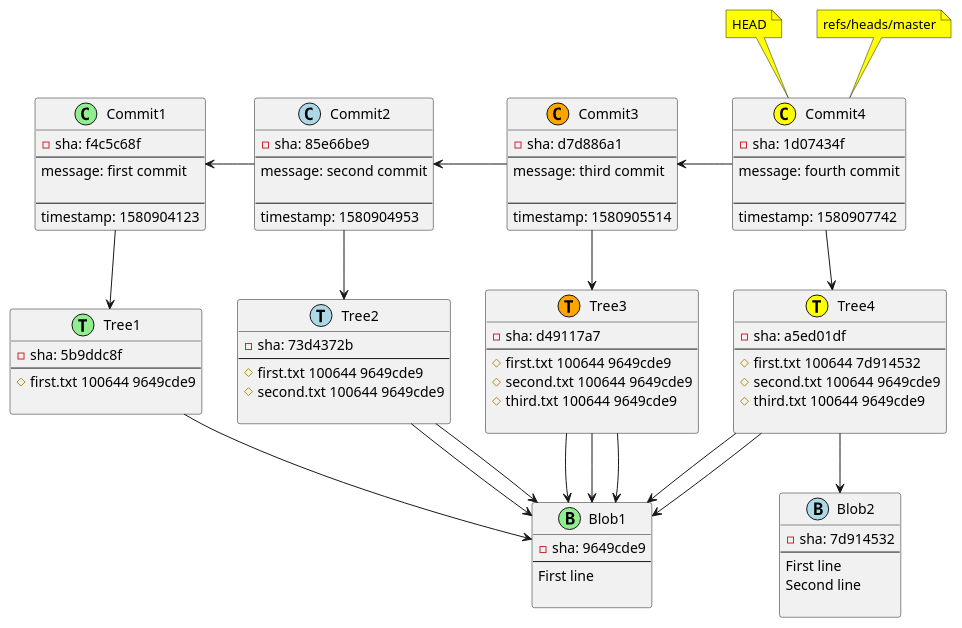
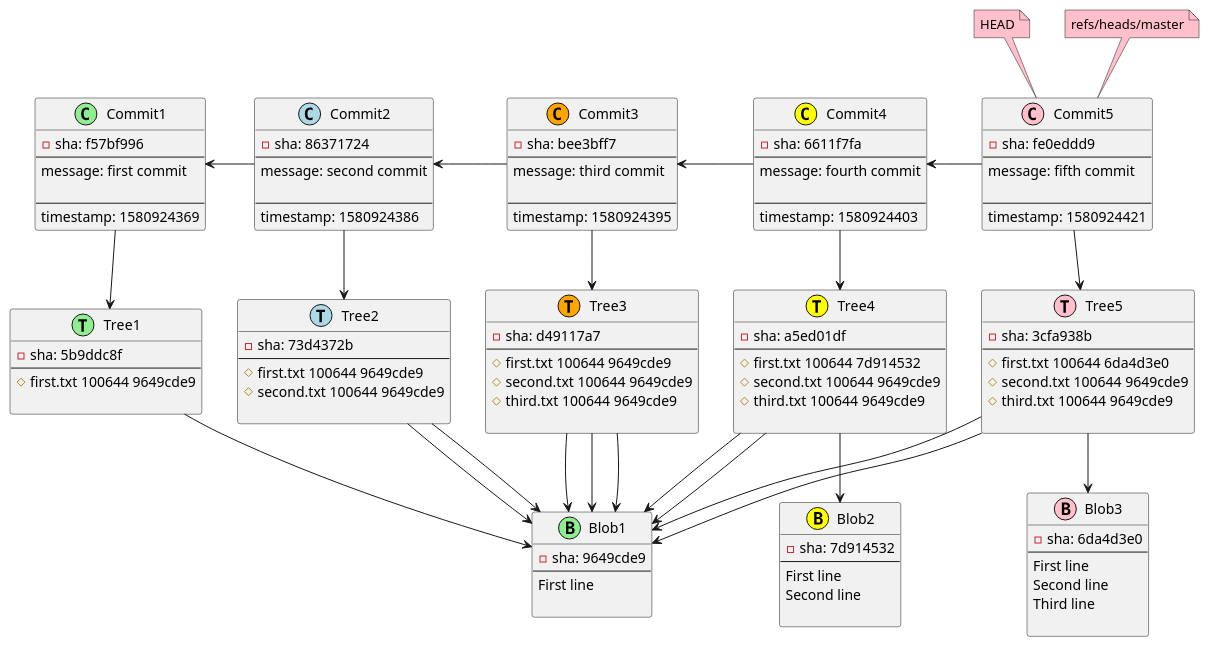
One commit to tsypuk/git2plantuml changed the diagram in src/main/resources/diagram.adoc. Above: the diagram before and after it, drawn with PlantUML. The commit also changed 1 other file, not shown here.

Commit message:
fix colors marking

```diff
--- a/src/main/resources/diagram.adoc
+++ b/src/main/resources/diagram.adoc
@@ -1,36 +1,52 @@
-[plantuml, cc51a75c-3937-47b4-898d-7fd73c99d01f, png, title="Git repository snapshot: 4 commits, 4 trees, 2 blobs, 2 refs: HEAD,refs/heads/master", width=1000, height=1000]
+[plantuml, ea71d96f-03bf-4147-872f-3cc0bc12ca08, png, title="Git repository snapshot: 5 commits, 5 trees, 3 blobs, 2 refs: HEAD,refs/heads/master", width=1000, height=1000]
 ....
+class Commit5 <<(C,pink)>> {
+-sha: fe0eddd9
+--
+message: fifth commit
+
+--
+timestamp: 1580924421
+}
 class Commit4 <<(C,yellow)>> {
--sha: 1d07434f
+-sha: 6611f7fa
 --
 message: fourth commit
 
 --
-timestamp: 1580907742
+timestamp: 1580924403
 }
 class Commit3 <<(C,orange)>> {
--sha: d7d886a1
+-sha: bee3bff7
 --
 message: third commit
 
 --
-timestamp: 1580905514
+timestamp: 1580924395
 }
 class Commit2 <<(C,lightblue)>> {
--sha: 85e66be9
+-sha: 86371724
 --
 message: second commit
 
 --
-timestamp: 1580904953
+timestamp: 1580924386
 }
 class Commit1 <<(C,lightgreen)>> {
--sha: f4c5c68f
+-sha: f57bf996
 --
 message: first commit
 
 --
-timestamp: 1580904123
+timestamp: 1580924369
+}
+class Tree5 <<(T,pink)>> {
+-sha: 3cfa938b
+--
+# first.txt 100644 6da4d3e0
+# second.txt 100644 9649cde9
+# third.txt 100644 9649cde9
+
 }
 class Tree4 <<(T,yellow)>> {
 -sha: a5ed01df
@@ -67,17 +83,29 @@
 First line
 
 }
-class Blob2 <<(B,lightblue)>> {
+class Blob3 <<(B,pink)>> {
+-sha: 6da4d3e0
+--
+First line
+Second line
+Third line
+
+}
+class Blob2 <<(B,yellow)>> {
 -sha: 7d914532
 --
 First line
 Second line
 
 }
+Commit5 --> Tree5
 Commit4 --> Tree4
 Commit3 --> Tree3
 Commit2 --> Tree2
 Commit1 --> Tree1
+Tree5 --> Blob3
+Tree5 --> Blob1
+Tree5 --> Blob1
 Tree4 --> Blob2
 Tree4 --> Blob1
 Tree4 --> Blob1
@@ -87,9 +115,10 @@
 Tree2 --> Blob1
 Tree2 --> Blob1
 Tree1 --> Blob1
-Commit2 -l-> Commit1
 Commit4 -l-> Commit3
 Commit3 -l-> Commit2
-note top of Commit4 #yellow : HEAD
-note top of Commit4 #yellow : refs/heads/master
+Commit5 -l-> Commit4
+Commit2 -l-> Commit1
+note top of Commit5 #pink : HEAD
+note top of Commit5 #pink : refs/heads/master
 ....
```
